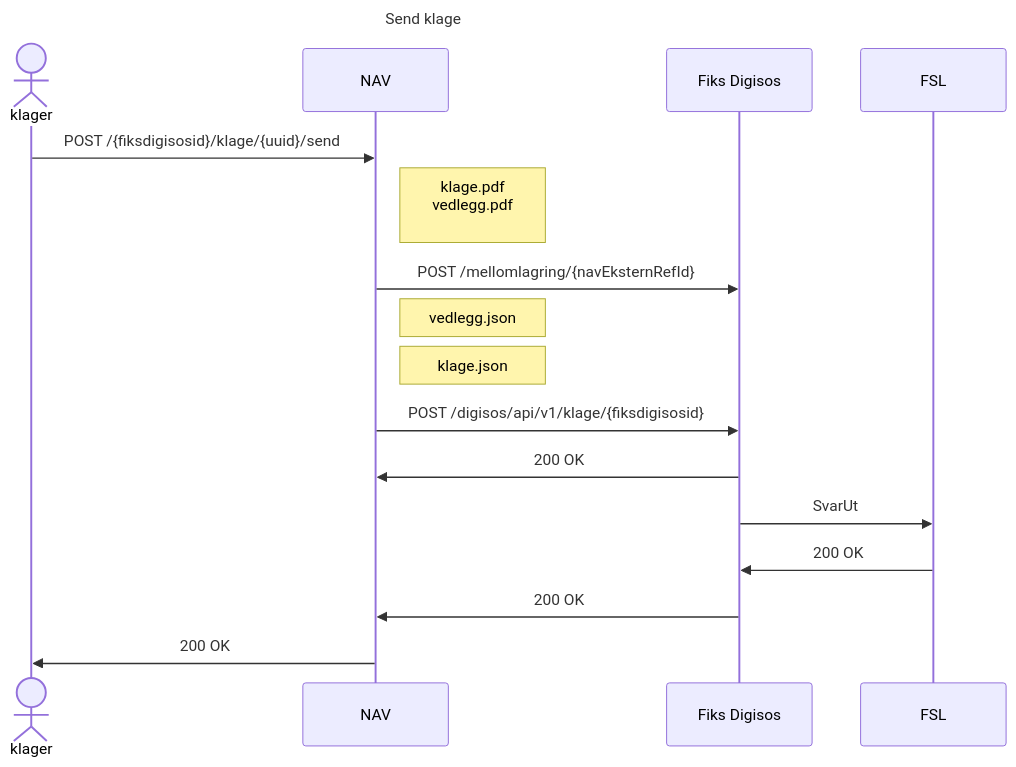
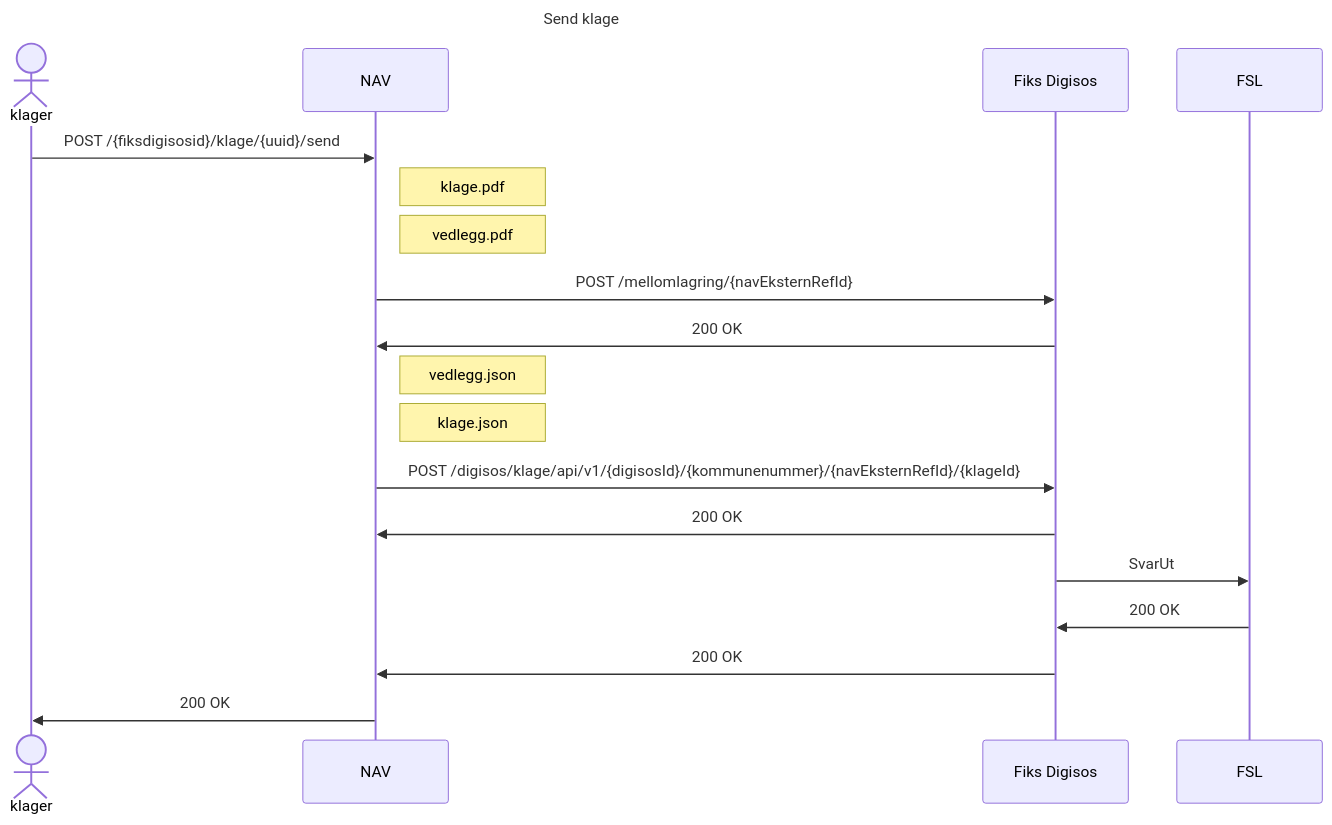
One commit to navikt/soknadsosialhjelp-filformat changed the first of 8 diagrams in klage-filformat.md. Above: the diagram before and after it, drawn with Mermaid. The commit also changed other lines of this file, not shown here.

First line of the commit message:
Update klage-filformat.md

````diff
--- a/klage-filformat.md
+++ b/klage-filformat.md
@@ -3,21 +3,23 @@
 ```mermaid
 sequenceDiagram
     title Send klage
     actor klager
     participant NAV
     participant Fiks Digisos
     participant FSL
     
     klager->>NAV: POST /{fiksdigisosid}/klage/{uuid}/send
-    Note right of NAV: klage.pdf<br/>vedlegg.pdf<br/>
+    Note right of NAV: klage.pdf
+    Note right of NAV: vedlegg.pdf
     NAV->>Fiks Digisos: POST /mellomlagring/{navEksternRefId}
+    Fiks Digisos->>NAV: 200 OK
     Note right of NAV: vedlegg.json
     Note right of NAV: klage.json
-    NAV->>Fiks Digisos: POST /digisos/api/v1/klage/{fiksdigisosid}
+    NAV->>Fiks Digisos: POST /digisos/klage/api/v1/{digisosId}/{kommunenummer}/{navEksternRefId}/{klageId}
     Fiks Digisos->>NAV: 200 OK
     Fiks Digisos->>FSL: SvarUt
     FSL->>Fiks Digisos: 200 OK
     Fiks Digisos->>NAV: 200 OK
     NAV->>klager: 200 OK
 
 ```
````
